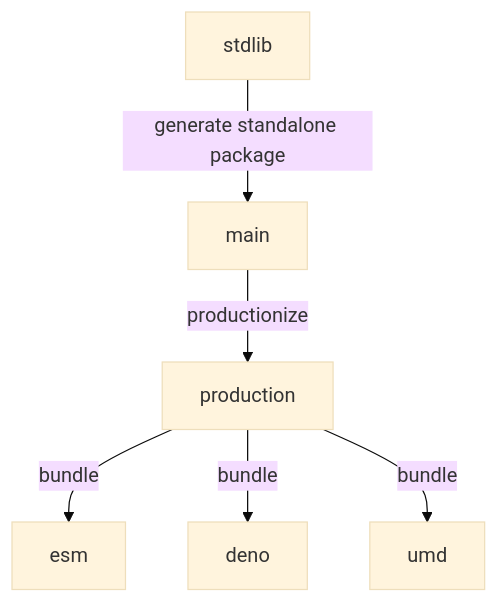
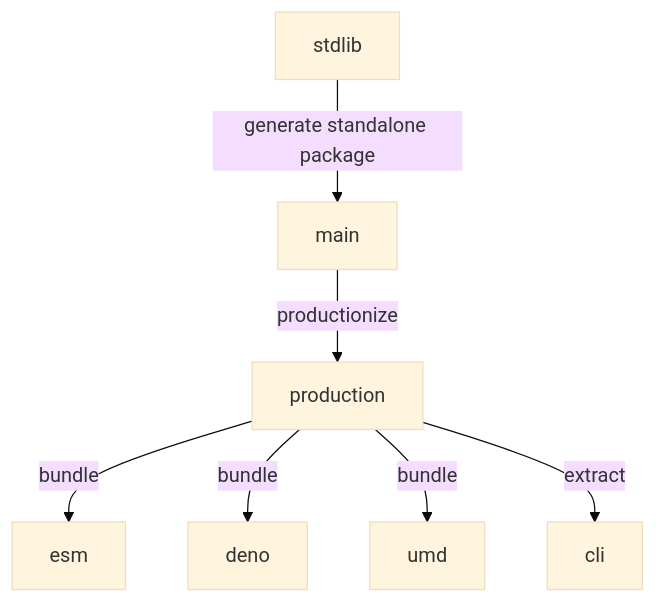
Before and after one commit to stdlib-js/time-duration2ms: the diagram in branches.md, drawn with Mermaid (base theme). The commit also changed other lines of this file and 8 other files, not shown here.

````diff
--- a/branches.md
+++ b/branches.md
@@ -33,15 +34,17 @@
 ```mermaid
 graph TD;
 A[stdlib]-->|generate standalone package|B;
 B[main] -->|productionize| C[production];
 C -->|bundle| D[esm];
 C -->|bundle| E[deno];
 C -->|bundle| F[umd];
+C -->|extract| G[cli];
 
-click A href "https://github.com/stdlib-js/stdlib/tree/develop/lib/node_modules/%40stdlib/time/duration2ms"
-click B href "https://github.com/stdlib-js/time-duration2ms/tree/main"
-click C href "https://github.com/stdlib-js/time-duration2ms/tree/production"
-click D href "https://github.com/stdlib-js/time-duration2ms/tree/esm"
-click E href "https://github.com/stdlib-js/time-duration2ms/tree/deno"
-click F href "https://github.com/stdlib-js/time-duration2ms/tree/umd"
+%% click A href "https://github.com/stdlib-js/stdlib/tree/develop/lib/node_modules/%40stdlib/time/duration2ms"
+%% click B href "https://github.com/stdlib-js/time-duration2ms/tree/main"
+%% click C href "https://github.com/stdlib-js/time-duration2ms/tree/production"
+%% click D href "https://github.com/stdlib-js/time-duration2ms/tree/esm"
+%% click E href "https://github.com/stdlib-js/time-duration2ms/tree/deno"
+%% click F href "https://github.com/stdlib-js/time-duration2ms/tree/umd"
+%% click G href "https://github.com/stdlib-js/time-duration2ms/tree/cli"
 ```
````
